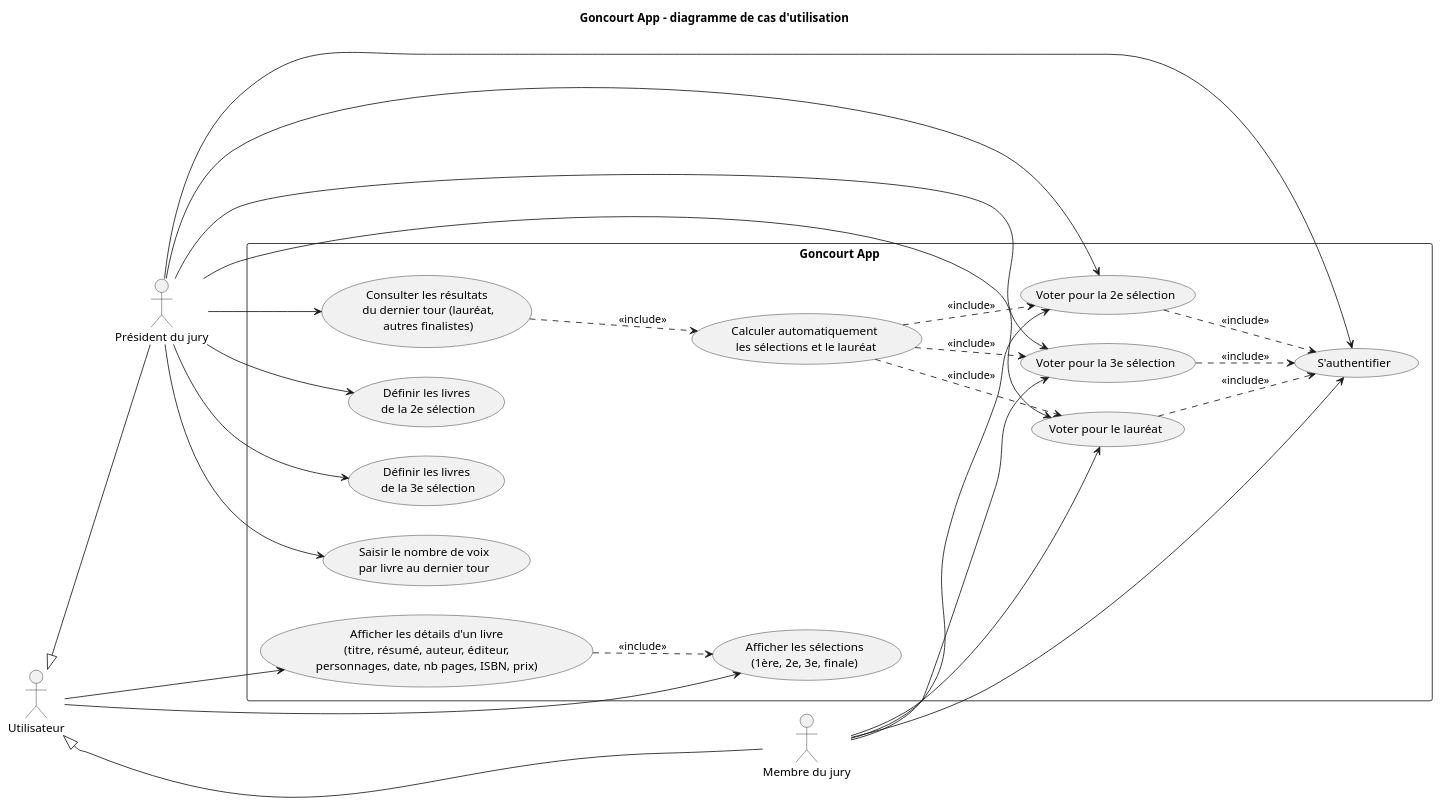
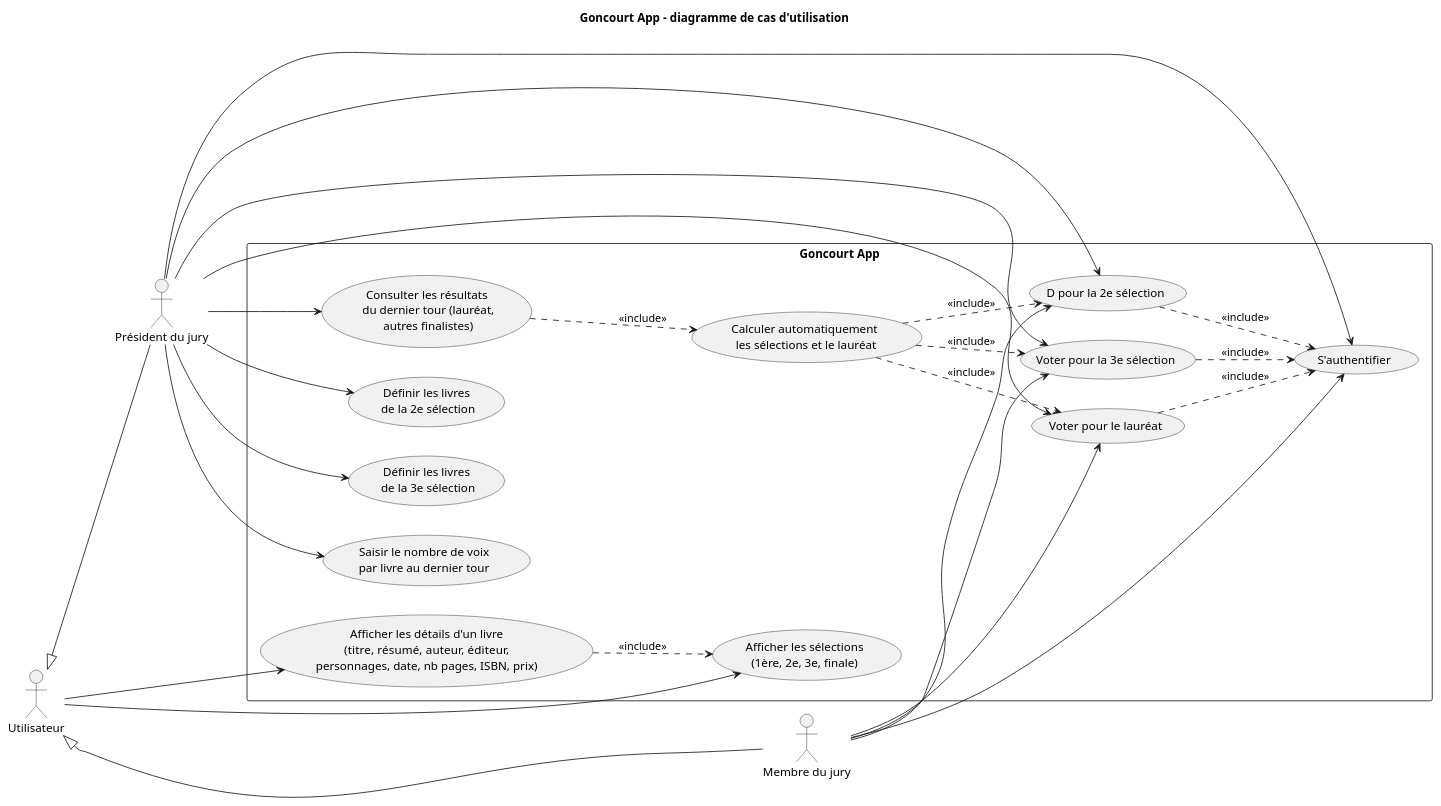
The diagram in docs/uml/use-case.puml (remicampistron512/goncourt-app), drawn with PlantUML before and after one commit. The commit also changed 2 other files, not shown here.

```diff
--- a/docs/uml/use-case.puml
+++ b/docs/uml/use-case.puml
@@ -1,79 +1,79 @@
 @startuml
 title Goncourt App - diagramme de cas d'utilisation
 
 left to right direction
 
 ' --- Acteurs ---
 actor "Utilisateur" as User
 actor "Président du jury" as President
 actor "Membre du jury" as JuryMember
 
 ' --- Spécialisation : le président et les membres du jury sont aussi des utilisateurs ---
 User <|-- President
 User <|-- JuryMember
 
 ' --- Système ---
 rectangle "Goncourt App" as System {
 
   ' --- Cas d’utilisation ouverts à tout utilisateur ---
   usecase "Afficher les sélections\n(1ère, 2e, 3e, finale)" as UC_ViewSelections
   usecase "Afficher les détails d'un livre\n(titre, résumé, auteur, éditeur,\npersonnages, date, nb pages, ISBN, prix)" as UC_ViewBookDetails
 
   ' --- Cas d’utilisation réservés au Président (saisie manuelle) ---
   usecase "Définir les livres\n de la 2e sélection" as UC_SetSecondSelection
   usecase "Définir les livres\n de la 3e sélection" as UC_SetThirdSelection
   usecase "Saisir le nombre de voix\npar livre au dernier tour" as UC_SetFinalVotes
   usecase "Consulter les résultats\n du dernier tour (lauréat,\n autres finalistes)" as UC_ViewFinalResults
 
   ' --- Cas d’utilisation futurs : authentification & vote membres ---
   usecase "S'authentifier" as UC_Authenticate
-  usecase "Voter pour la 2e sélection" as UC_VoteSecond
+  usecase "D pour la 2e sélection" as UC_VoteSecond
   usecase "Voter pour la 3e sélection" as UC_VoteThird
   usecase "Voter pour le lauréat" as UC_VoteWinner
   usecase "Calculer automatiquement\n les sélections et le lauréat" as UC_ComputeResults
 }
 
 ' --- Relations acteurs / cas d’utilisation ---
 
 ' Utilisateur générique
 User --> UC_ViewSelections
 User --> UC_ViewBookDetails
 
 ' Président du jury (mode actuel : saisie manuelle)
 President --> UC_SetSecondSelection
 President --> UC_SetThirdSelection
 President --> UC_SetFinalVotes
 President --> UC_ViewFinalResults
 
 ' Président / Membre du jury (mode futur avec authentification et vote)
 President --> UC_Authenticate
 JuryMember --> UC_Authenticate
 
 JuryMember --> UC_VoteSecond
 JuryMember --> UC_VoteThird
 JuryMember --> UC_VoteWinner
 
 ' Le président pourra aussi voter dans le futur si souhaité
 President --> UC_VoteSecond
 President --> UC_VoteThird
 President --> UC_VoteWinner
 
 ' --- Relations entre cas d’utilisation ---
 
 UC_ViewBookDetails ..> UC_ViewSelections : <<include>>
 
 ' Les cas de vote nécessitent l'authentification
 UC_VoteSecond ..> UC_Authenticate : <<include>>
 UC_VoteThird ..> UC_Authenticate : <<include>>
 UC_VoteWinner ..> UC_Authenticate : <<include>>
 
 ' Le calcul automatique des résultats dépend des votes saisis
 UC_ComputeResults ..> UC_VoteSecond : <<include>>
 UC_ComputeResults ..> UC_VoteThird : <<include>>
 UC_ComputeResults ..> UC_VoteWinner : <<include>>
 
 ' La consultation des résultats finaux peut, dans le futur,
 ' reposer sur le calcul automatique plutôt que sur une saisie manuelle
 UC_ViewFinalResults ..> UC_ComputeResults : <<include>>
 
 @enduml
```
